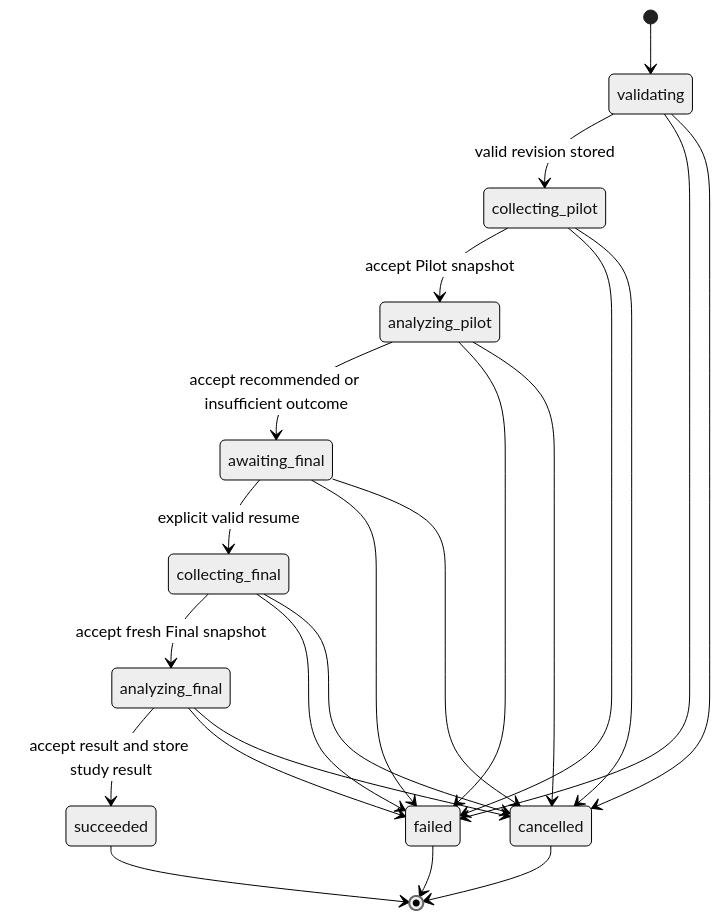
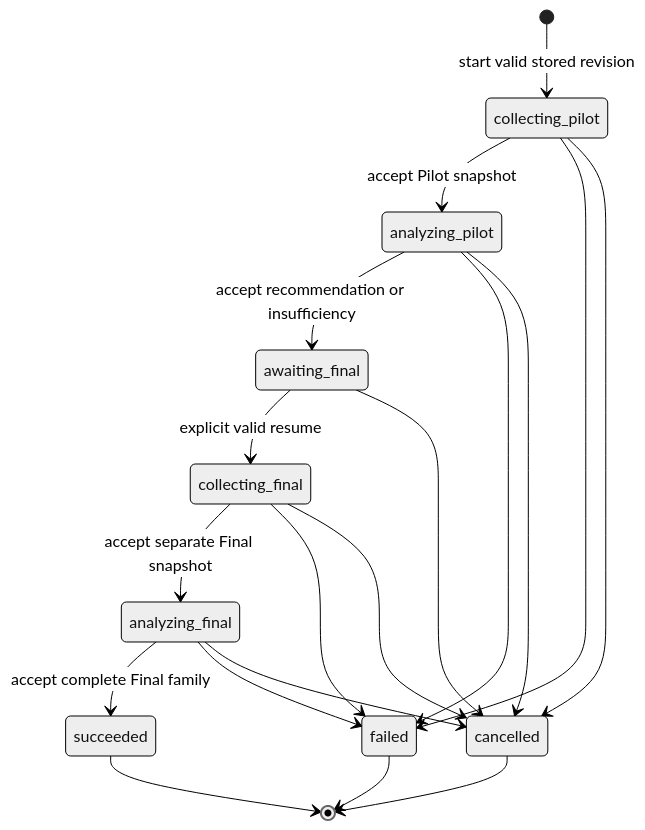
One commit to michalo1334/master_thesis changed the first of 3 diagrams in docs/design/evaluation-study-pipeline.md. Above: the diagram before and after it, drawn with Mermaid (neutral theme). The commit also changed other lines of this file and 10 other files, not shown here.

Commit message:
feat(evaluation): add study revision boundary

````diff
--- a/docs/design/evaluation-study-pipeline.md
+++ b/docs/design/evaluation-study-pipeline.md
@@ -44,25 +51,21 @@
 ```mermaid
 stateDiagram-v2
-    [*] --> validating
-    validating --> collecting_pilot: valid revision stored
+    [*] --> collecting_pilot: start valid stored revision
     collecting_pilot --> analyzing_pilot: accept Pilot snapshot
-    analyzing_pilot --> awaiting_final: accept recommended or insufficient outcome
+    analyzing_pilot --> awaiting_final: accept recommendation or insufficiency
     awaiting_final --> collecting_final: explicit valid resume
-    collecting_final --> analyzing_final: accept fresh Final snapshot
-    analyzing_final --> succeeded: accept result and store study result
-    validating --> failed
+    collecting_final --> analyzing_final: accept separate Final snapshot
+    analyzing_final --> succeeded: accept complete Final family
     collecting_pilot --> failed
     analyzing_pilot --> failed
-    awaiting_final --> failed
     collecting_final --> failed
     analyzing_final --> failed
-    validating --> cancelled
     collecting_pilot --> cancelled
     analyzing_pilot --> cancelled
     awaiting_final --> cancelled
     collecting_final --> cancelled
     analyzing_final --> cancelled
     succeeded --> [*]
     failed --> [*]
     cancelled --> [*]
 ```
````
